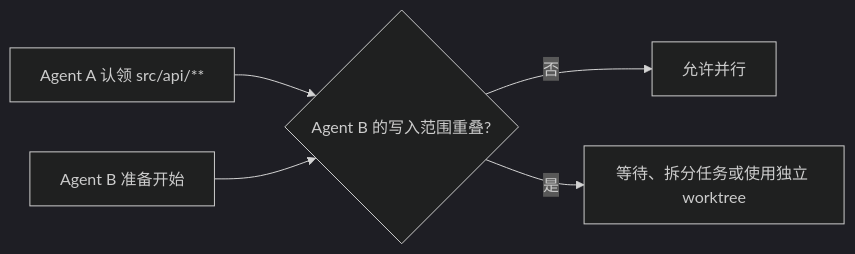
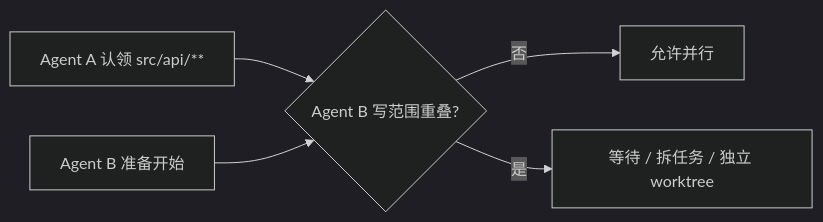
Before and after one commit to chopperH0824/agent-relay: the third of 3 diagrams in README.md, drawn with Mermaid (dark theme). The commit also changed other lines of this file and 24 other files, not shown here.

````diff
--- a/README.md
+++ b/README.md
@@ -428,7 +288,7 @@
 ```mermaid
 flowchart LR
-    A[Agent A 认领 src/api/**] --> C{Agent B 的写入范围重叠?}
+    A[Agent A 认领 src/api/**] --> C{Agent B 写范围重叠?}
     B[Agent B 准备开始] --> C
     C -- 否 --> D[允许并行]
-    C -- 是 --> E[等待、拆分任务或使用独立 worktree]
+    C -- 是 --> E[等待 / 拆任务 / 独立 worktree]
 ```
````
